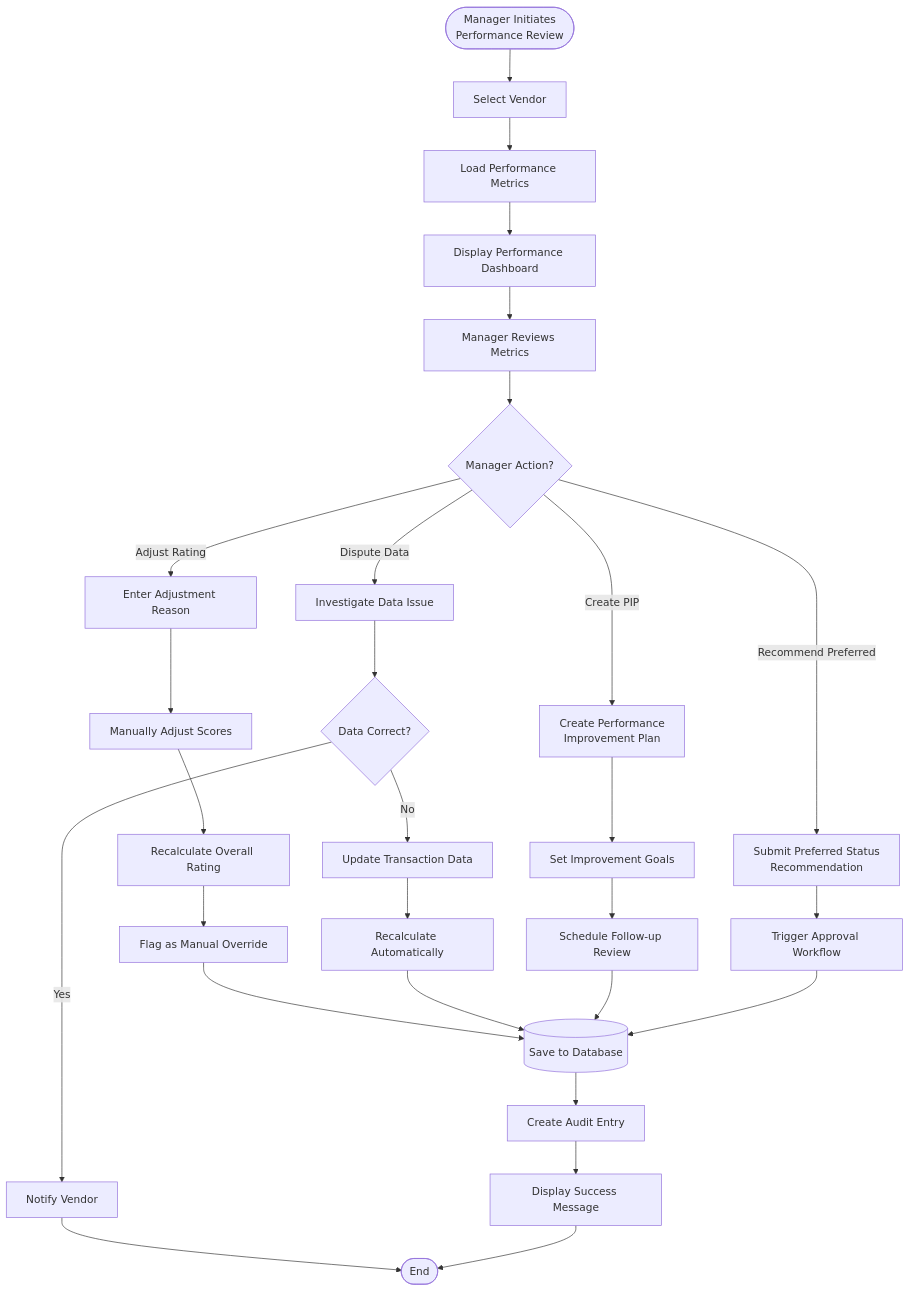
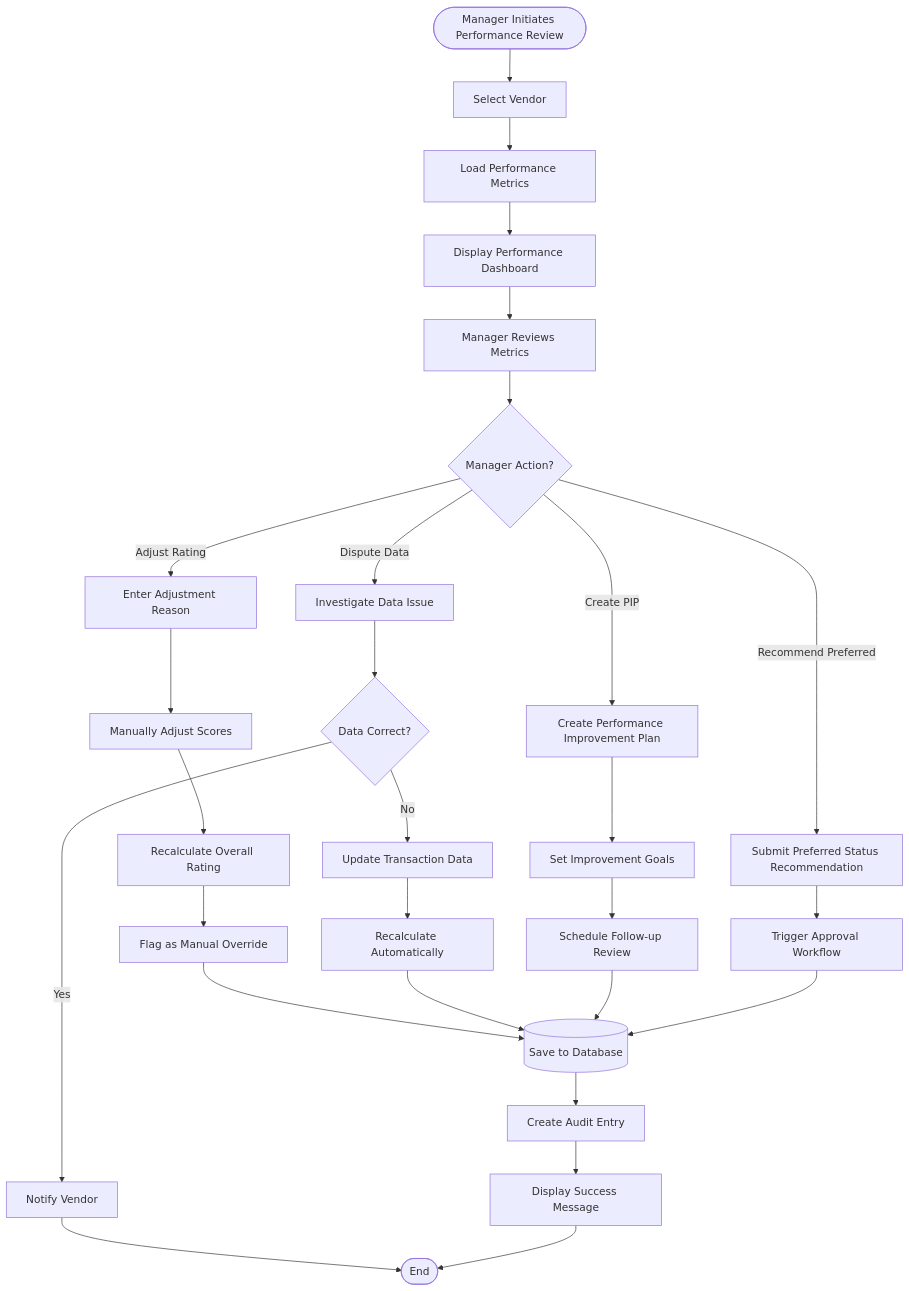
Before and after one commit to CarmenSoftware-organization/carmen: diagram 11 of 24 in docs/app/vendor-management/vendor-directory/FD-vendor-directory.md, drawn with Mermaid. The commit also changed other lines of this file and 1788 other files, not shown here.

````diff
--- a/docs/app/vendor-management/vendor-directory/FD-vendor-directory.md
+++ b/docs/app/vendor-management/vendor-directory/FD-vendor-directory.md
@@ -495,37 +505,37 @@
 ```mermaid
 flowchart TD
-    Start([Manager Initiates<br/>Performance Review]) --> SelectVendor[Select Vendor]
+    Start([Manager Initiates Performance Review]) --> SelectVendor[Select Vendor]
     SelectVendor --> LoadMetrics[Load Performance Metrics]
     LoadMetrics --> DisplayDashboard[Display Performance Dashboard]
 
     DisplayDashboard --> ReviewMetrics[Manager Reviews Metrics]
     ReviewMetrics --> Action{Manager Action?}
 
     Action -->|Adjust Rating| AdjustPrompt[Enter Adjustment Reason]
     AdjustPrompt --> AdjustScores[Manually Adjust Scores]
     AdjustScores --> Recalculate[Recalculate Overall Rating]
     Recalculate --> FlagManual[Flag as Manual Override]
     FlagManual --> SaveChanges
 
     Action -->|Dispute Data| InvestigateData[Investigate Data Issue]
     InvestigateData --> CorrectData{Data Correct?}
     CorrectData -->|No| UpdateData[Update Transaction Data]
     UpdateData --> RecalcAuto[Recalculate Automatically]
     RecalcAuto --> SaveChanges
     CorrectData -->|Yes| NotifyVendor[Notify Vendor]
     NotifyVendor --> End
 
-    Action -->|Create PIP| CreatePIP[Create Performance<br/>Improvement Plan]
+    Action -->|Create PIP| CreatePIP[Create Performance Improvement Plan]
     CreatePIP --> SetGoals[Set Improvement Goals]
     SetGoals --> ScheduleReview[Schedule Follow-up Review]
     ScheduleReview --> SaveChanges
 
-    Action -->|Recommend Preferred| SubmitRecommendation[Submit Preferred Status<br/>Recommendation]
+    Action -->|Recommend Preferred| SubmitRecommendation[Submit Preferred Status Recommendation]
     SubmitRecommendation --> ApprovalFlow[Trigger Approval Workflow]
     ApprovalFlow --> SaveChanges
 
     SaveChanges[(Save to Database)]
     SaveChanges --> AuditLog[Create Audit Entry]
     AuditLog --> Success[Display Success Message]
     Success --> End([End])
 ```
````
